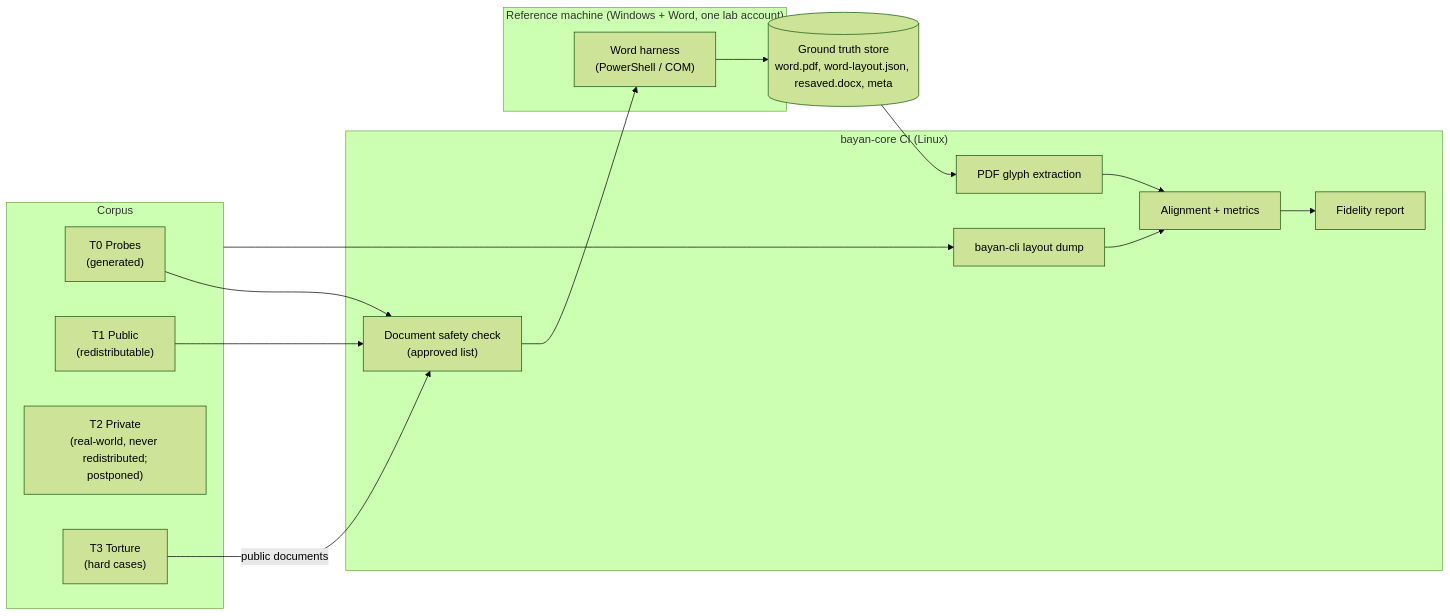
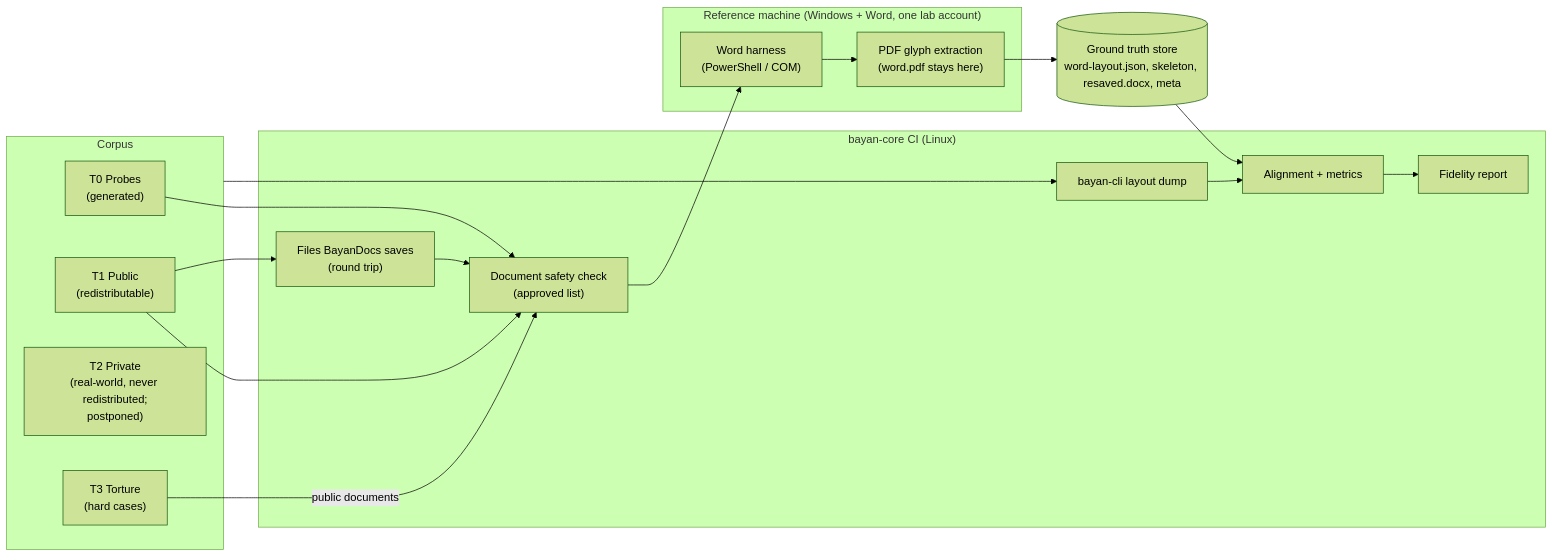
One commit to BayanDocs/docs changed the diagram in specs/fidelity-lab.md. Above: the diagram before and after it, drawn with Mermaid (forest theme). The commit also changed other lines of this file and 7 other files, not shown here.

````diff
--- a/specs/fidelity-lab.md
+++ b/specs/fidelity-lab.md
@@ -20,25 +20,27 @@
 ```mermaid
 flowchart LR
   subgraph Corpus
     t0["T0 Probes<br/>(generated)"]
     t1["T1 Public<br/>(redistributable)"]
     t2["T2 Private<br/>(real-world, never redistributed;<br/>postponed)"]
     t3["T3 Torture<br/>(hard cases)"]
   end
   subgraph CI["bayan-core CI (Linux)"]
+    saved["Files BayanDocs saves<br/>(round trip)"]
     check["Document safety check<br/>(approved list)"]
     engine["bayan-cli layout dump"]
-    extract["PDF glyph extraction"]
     compare["Alignment + metrics"]
     report["Fidelity report"]
   end
   subgraph Ref["Reference machine (Windows + Word, one lab account)"]
     harness["Word harness<br/>(PowerShell / COM)"]
+    extract["PDF glyph extraction<br/>(word.pdf stays here)"]
   end
   t0 --> check
   t1 --> check
   t3 -- "public documents" --> check
-  check --> harness --> gt[("Ground truth store<br/>word.pdf, word-layout.json, resaved.docx, meta")]
-  gt --> extract --> compare
+  t1 --> saved --> check
+  check --> harness --> extract --> gt[("Ground truth store<br/>word-layout.json, skeleton, resaved.docx, meta")]
+  gt --> compare
   Corpus --> engine --> compare --> report
 ```
````
